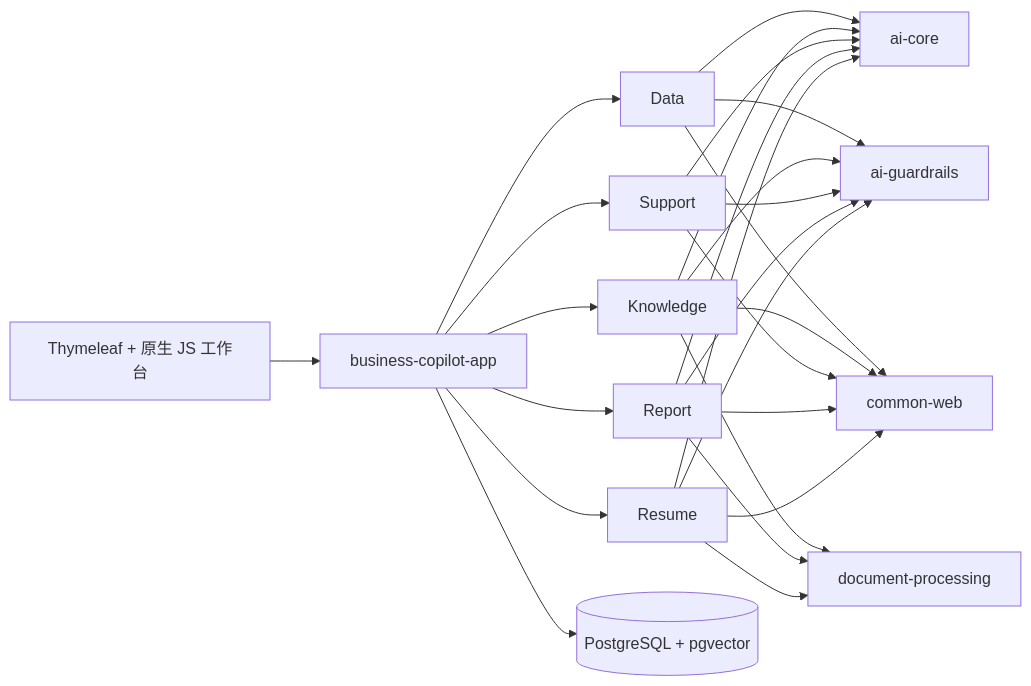
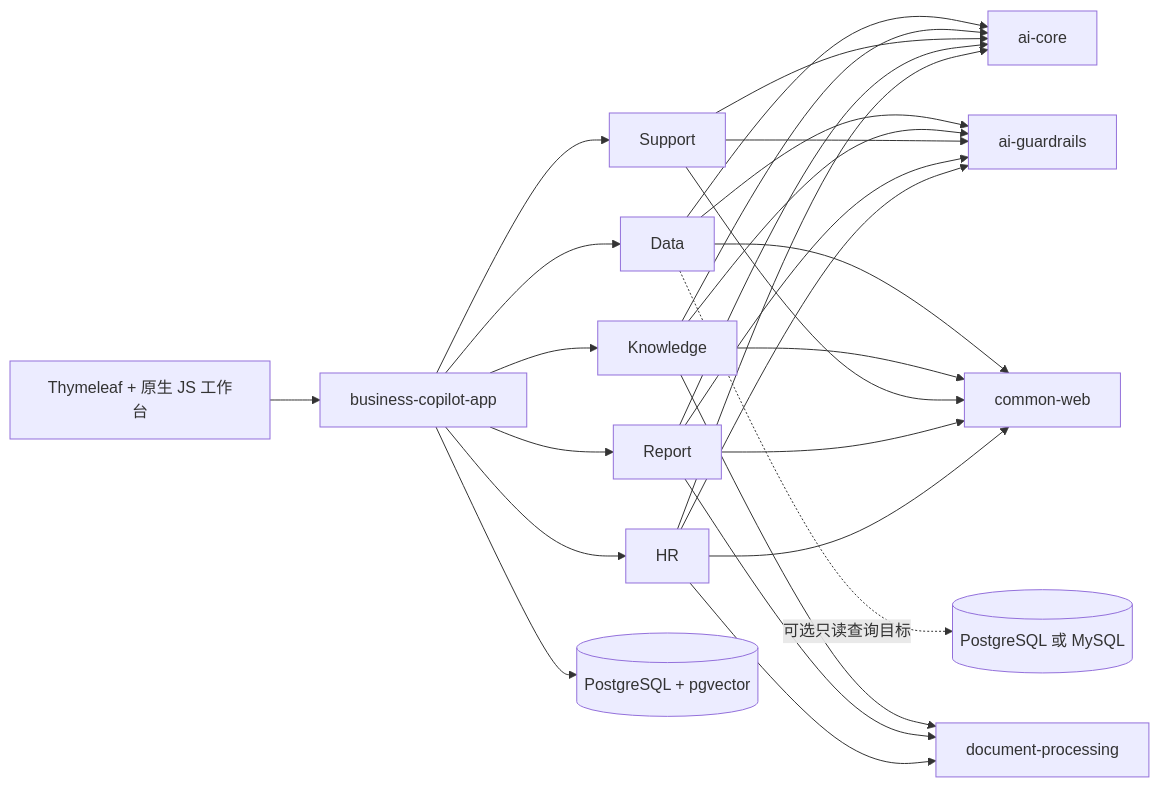
Before and after one commit to qcodingdev/spring-ai-business-copilot: the diagram in README.zh-CN.md, drawn with Mermaid. The commit also changed other lines of this file and 2 other files, not shown here.

````diff
--- a/README.zh-CN.md
+++ b/README.zh-CN.md
@@ -163,10 +128,11 @@
 ```mermaid
 flowchart LR
     UI["Thymeleaf + 原生 JS 工作台"] --> APP["business-copilot-app"]
-    APP --> DATA["Data"] & KNOW["Knowledge"] & SUPPORT["Support"] & REPORT["Report"] & RESUME["Resume"]
-    KNOW & REPORT & RESUME --> DOC["document-processing"]
-    DATA & KNOW & SUPPORT & REPORT & RESUME --> AI["ai-core"]
-    DATA & KNOW & SUPPORT & REPORT & RESUME --> GUARD["ai-guardrails"]
-    DATA & KNOW & SUPPORT & REPORT & RESUME --> WEB["common-web"]
+    APP --> DATA["Data"] & KNOW["Knowledge"] & SUPPORT["Support"] & REPORT["Report"] & HR["HR"]
+    KNOW & REPORT & HR --> DOC["document-processing"]
+    DATA & KNOW & SUPPORT & REPORT & HR --> AI["ai-core"]
+    DATA & KNOW & SUPPORT & REPORT & HR --> GUARD["ai-guardrails"]
+    DATA & KNOW & SUPPORT & REPORT & HR --> WEB["common-web"]
     APP --> DB[("PostgreSQL + pgvector")]
+    DATA -. 可选只读查询目标 .-> BIZ[("PostgreSQL 或 MySQL")]
 ```
````
